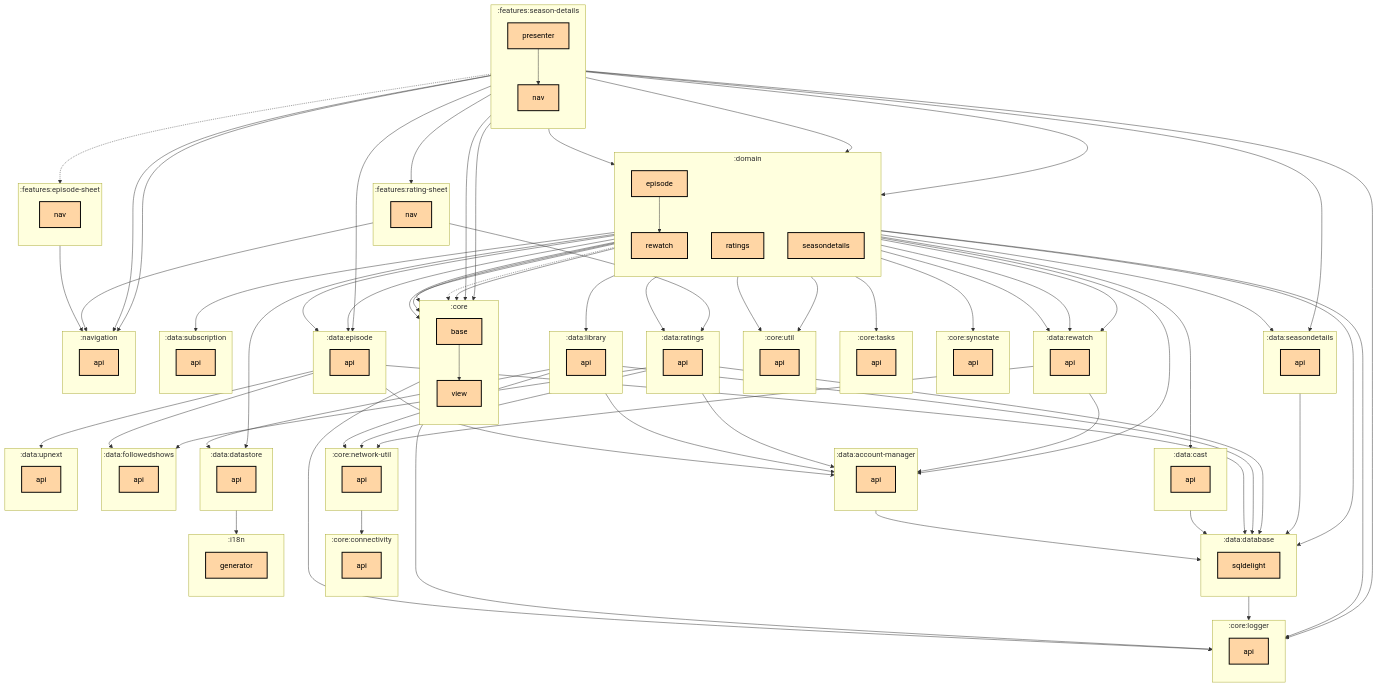
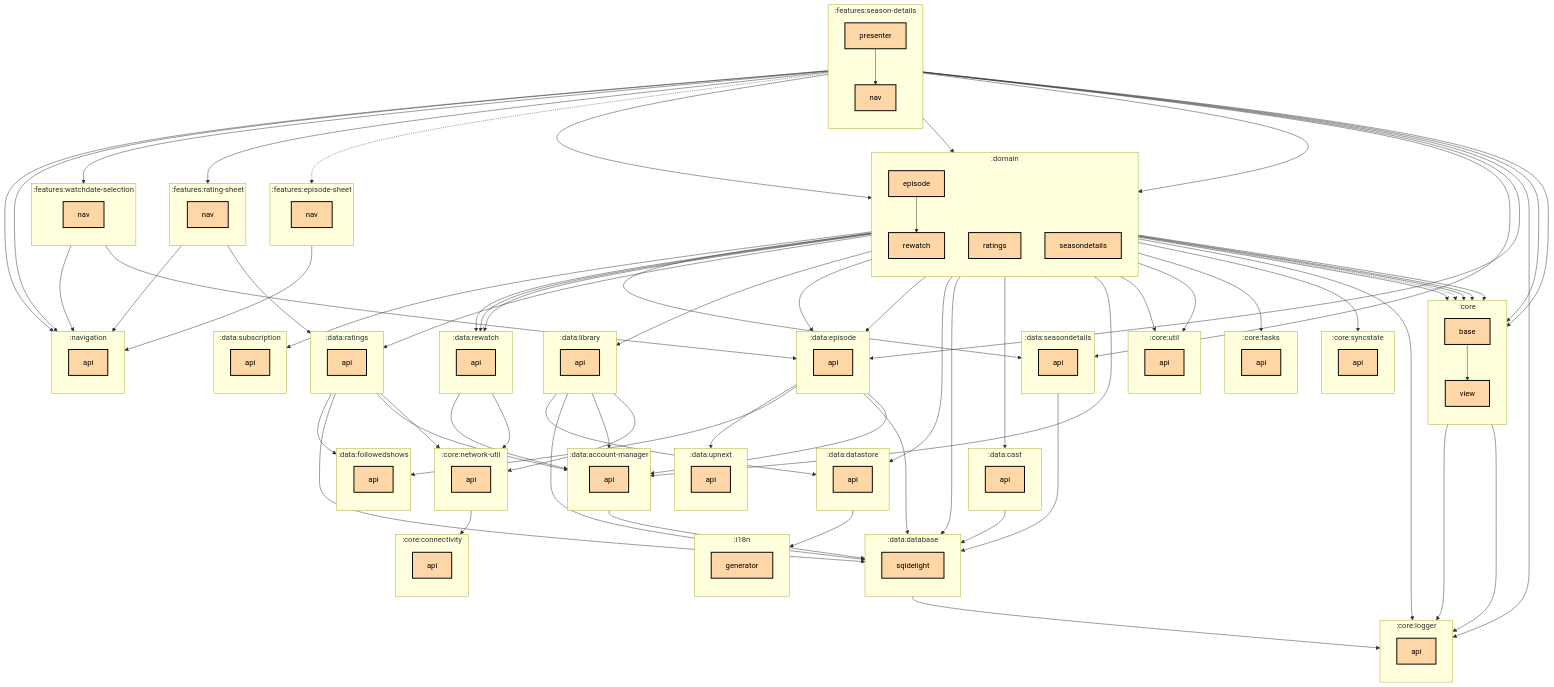
The first of 2 diagrams in features/season-details/presenter/README.md (thomaskioko/tv-maniac), drawn with Mermaid before and after one commit. The commit also changed 35 other files, not shown here.

```diff
--- a/features/season-details/presenter/README.md
+++ b/features/season-details/presenter/README.md
@@ -102,6 +102,10 @@
     :features:season-details:nav[nav]:::multiplatform
     :features:season-details:presenter[presenter]:::multiplatform
   end
+  subgraph :features:watchdate-selection
+    direction TB
+    :features:watchdate-selection:nav[nav]:::multiplatform
+  end
   subgraph :i18n
     direction TB
     :i18n:generator[generator]:::multiplatform
@@ -173,7 +177,10 @@
   :features:season-details:presenter -.-> :features:episode-sheet:nav
   :features:season-details:presenter --> :features:rating-sheet:nav
   :features:season-details:presenter --> :features:season-details:nav
+  :features:season-details:presenter --> :features:watchdate-selection:nav
   :features:season-details:presenter --> :navigation:api
+  :features:watchdate-selection:nav --> :data:episode:api
+  :features:watchdate-selection:nav --> :navigation:api
 
 classDef application fill:#CAFFBF,stroke:#000,stroke-width:2px,color:#000;
 classDef multiplatform fill:#FFD6A5,stroke:#000,stroke-width:2px,color:#000;
```
